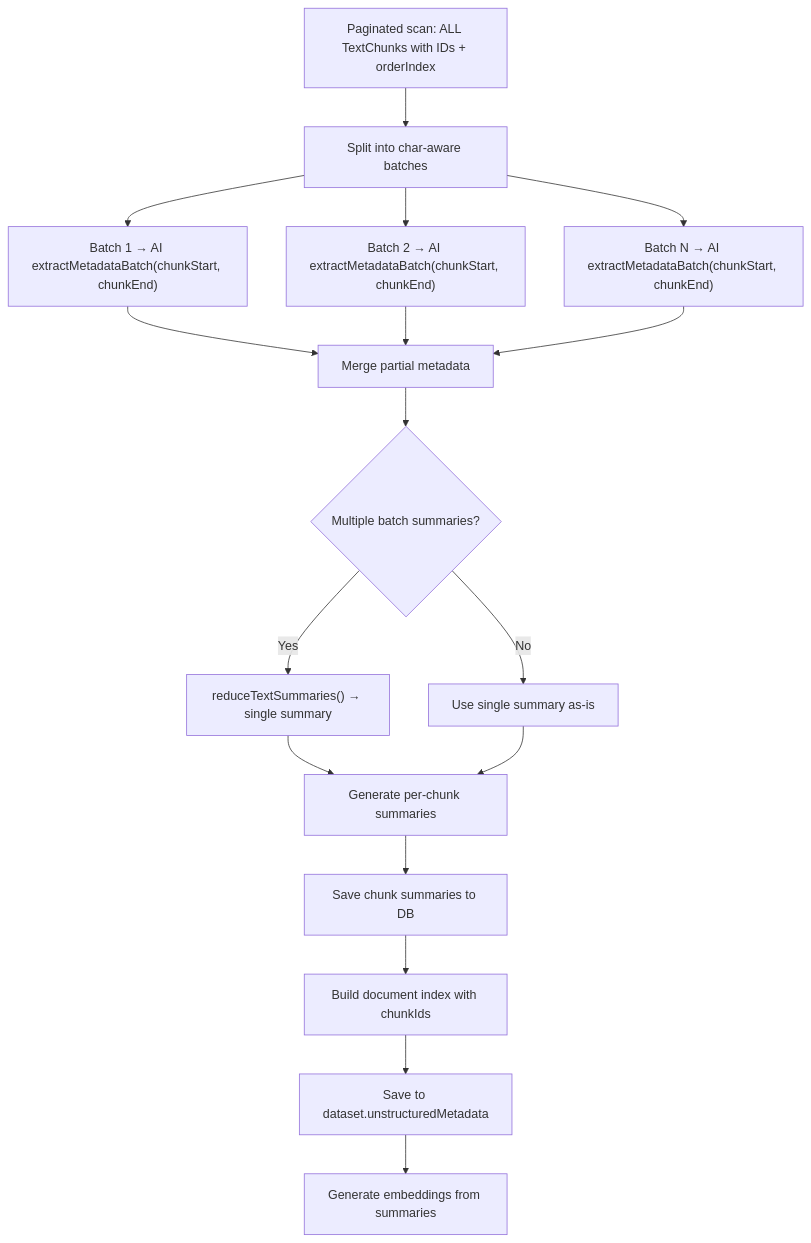
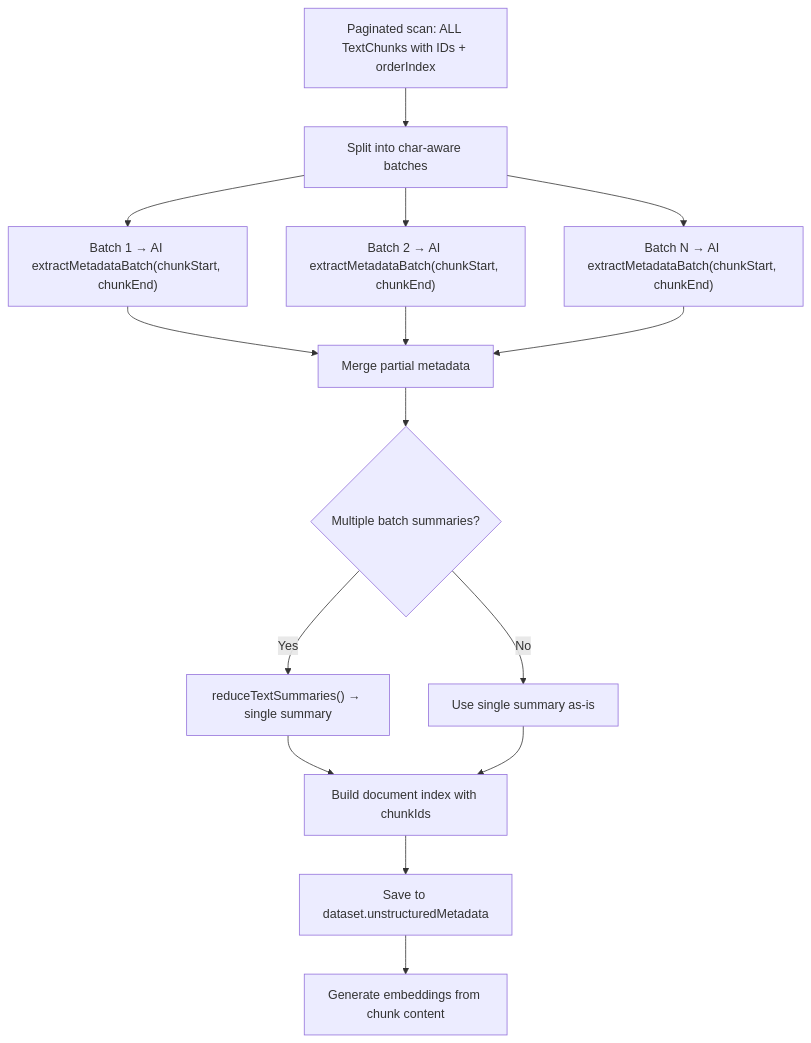
One commit to hinora/data-analysis changed the diagram in docs/domain-knowledge/document-summarization.md. Above: the diagram before and after it, drawn with Mermaid. The commit also changed other lines of this file and 7 other files, not shown here.

````diff
--- a/docs/domain-knowledge/document-summarization.md
+++ b/docs/domain-knowledge/document-summarization.md
@@ -56,19 +26,17 @@
 ```mermaid
 flowchart TD
     A[Paginated scan: ALL TextChunks with IDs + orderIndex] --> B[Split into char-aware batches]
     B --> C1["Batch 1 → AI extractMetadataBatch(chunkStart, chunkEnd)"]
     B --> C2["Batch 2 → AI extractMetadataBatch(chunkStart, chunkEnd)"]
     B --> CN["Batch N → AI extractMetadataBatch(chunkStart, chunkEnd)"]
     C1 --> D[Merge partial metadata]
     C2 --> D
     CN --> D
     D --> E{Multiple batch summaries?}
     E -- Yes --> F["reduceTextSummaries() → single summary"]
     E -- No --> G[Use single summary as-is]
-    F --> H[Generate per-chunk summaries]
+    F --> H[Build document index with chunkIds]
     G --> H
-    H --> I[Save chunk summaries to DB]
-    I --> J[Build document index with chunkIds]
-    J --> K[Save to dataset.unstructuredMetadata]
-    K --> L[Generate embeddings from summaries]
+    H --> I[Save to dataset.unstructuredMetadata]
+    I --> J[Generate embeddings from chunk content]
 ```
````
